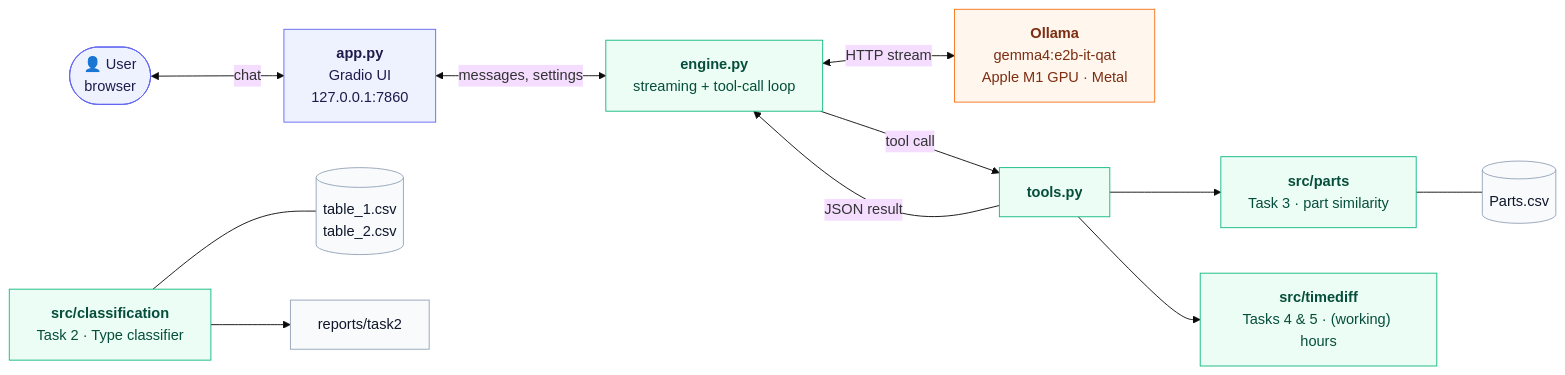
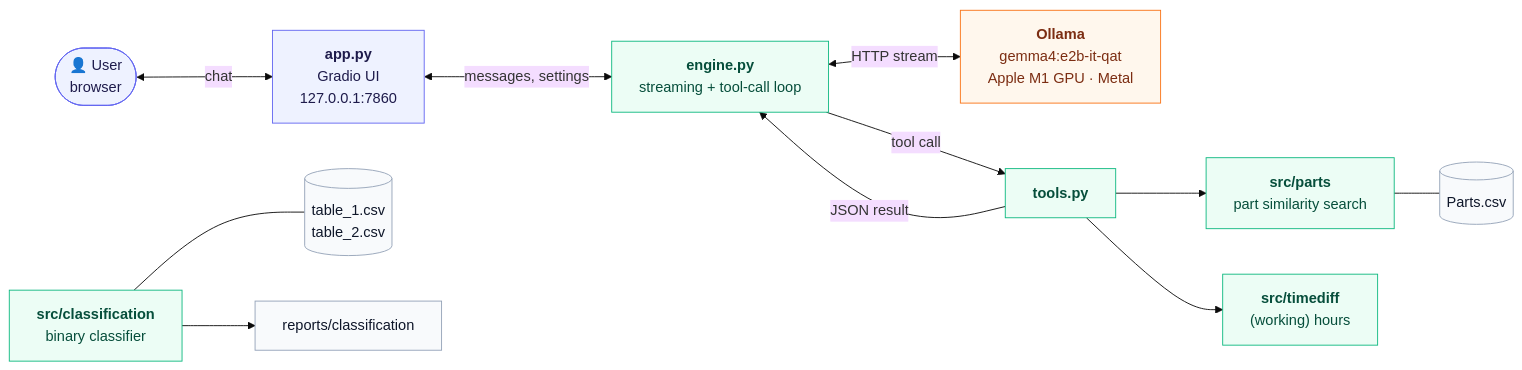
The diagram in docs/diagrams/architecture.mmd (raj7830/local-llm-parts-assistant), drawn with Mermaid (base theme) before and after one commit. The commit also changed 21 other files, not shown here.

```diff
--- a/docs/diagrams/architecture.mmd
+++ b/docs/diagrams/architecture.mmd
@@ -1,19 +1,19 @@
 flowchart LR
     U(["👤 User<br/>browser"]) <-->|"chat"| UI["<b>app.py</b><br/>Gradio UI<br/>127.0.0.1:7860"]
     UI <-->|"messages, settings"| E["<b>engine.py</b><br/>streaming + tool-call loop"]
     E <-->|"HTTP stream"| O["<b>Ollama</b><br/>gemma4:e2b-it-qat<br/>Apple M1 GPU · Metal"]
     E -->|"tool call"| T["<b>tools.py</b>"]
     T -->|"JSON result"| E
-    T --> P["<b>src/parts</b><br/>Task 3 · part similarity"]
-    T --> H["<b>src/timediff</b><br/>Tasks 4 & 5 · (working) hours"]
+    T --> P["<b>src/parts</b><br/>part similarity search"]
+    T --> H["<b>src/timediff</b><br/>(working) hours"]
     P --- D[("Parts.csv")]
-    C["<b>src/classification</b><br/>Task 2 · Type classifier"] --- D2[("table_1.csv<br/>table_2.csv")]
-    C --> R["reports/task2"]
+    C["<b>src/classification</b><br/>binary classifier"] --- D2[("table_1.csv<br/>table_2.csv")]
+    C --> R["reports/classification"]
     classDef ui fill:#eef2ff,stroke:#6366f1,color:#1e1b4b
     classDef core fill:#ecfdf5,stroke:#10b981,color:#064e3b
     classDef llm fill:#fff7ed,stroke:#f97316,color:#7c2d12
     classDef data fill:#f8fafc,stroke:#94a3b8,color:#0f172a
     class U,UI ui
     class E,T,P,H,C core
     class O llm
     class D,D2,R data
```
